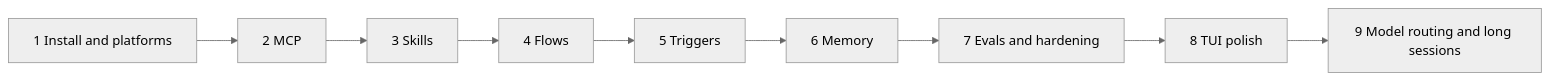
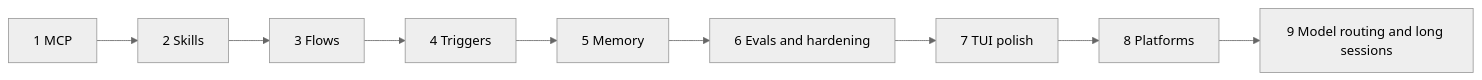
Before and after one commit to MilanPavel/golem: the first of 2 diagrams in docs/plan.md, drawn with Mermaid (neutral theme). The commit also changed other lines of this file and 4 other files, not shown here.

````diff
--- a/docs/plan.md
+++ b/docs/plan.md
@@ -54,4 +27,4 @@
 ```mermaid
 flowchart LR
-  p1[1 Install and platforms] --> p2[2 MCP] --> p3[3 Skills] --> p4[4 Flows] --> p5[5 Triggers] --> p6[6 Memory] --> p7[7 Evals and hardening] --> p8[8 TUI polish] --> p9[9 Model routing and long sessions]
+  p1[1 MCP] --> p2[2 Skills] --> p3[3 Flows] --> p4[4 Triggers] --> p5[5 Memory] --> p6[6 Evals and hardening] --> p7[7 TUI polish] --> p8[8 Platforms] --> p9[9 Model routing and long sessions]
 ```
````
